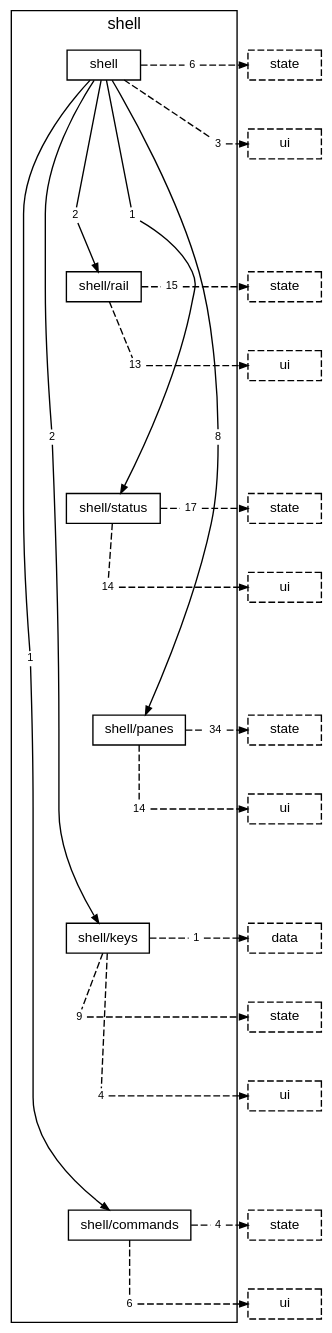
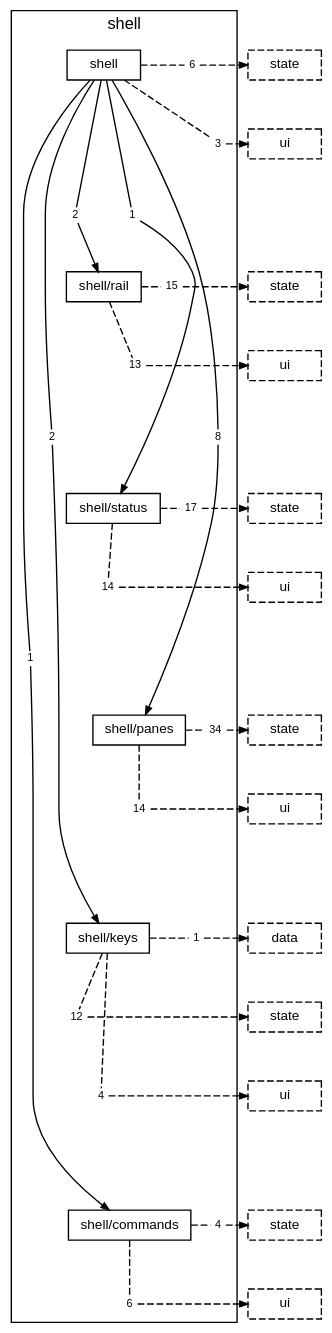
Before and after one commit to TheAxeC/oculus: the diagram in docs/diagrams/layer-shell.dot, drawn with Graphviz. The commit also changed 108 other files, not shown here.

```diff
--- a/docs/diagrams/layer-shell.dot
+++ b/docs/diagrams/layer-shell.dot
@@ -1,99 +1,99 @@
 digraph layer_shell {
     graph [bgcolor="transparent", rankdir=TB, newrank=true, fontname="Helvetica,Arial,sans-serif", fontsize=12, nodesep=0.2, ranksep=0.5];
     node [shape=box, color="black", fontcolor="black", fontname="Helvetica,Arial,sans-serif", fontsize=10, height=0.3, margin="0.12,0.04"];
     edge [color="black", fontcolor="black", fontname="Helvetica,Arial,sans-serif", fontsize=8, arrowsize=0.6];
     subgraph "cluster_shell" {
         label="shell"; style=solid;
         "folder shell" [label="shell"];
         "folder shell/rail" [label="shell/rail"];
         "folder shell/status" [label="shell/status"];
         "folder shell/panes" [label="shell/panes"];
         "folder shell/keys" [label="shell/keys"];
         "folder shell/commands" [label="shell/commands"];
         "folder shell to folder shell/commands" [label="1", shape=box, color="transparent", fontsize=8, width=0, height=0, margin="0.04,0.02"];
         "folder shell to folder shell/keys" [label="2", shape=box, color="transparent", fontsize=8, width=0, height=0, margin="0.04,0.02"];
         "folder shell to folder shell/panes" [label="8", shape=box, color="transparent", fontsize=8, width=0, height=0, margin="0.04,0.02"];
         "folder shell to folder shell/rail" [label="2", shape=box, color="transparent", fontsize=8, width=0, height=0, margin="0.04,0.02"];
         "folder shell to folder shell/status" [label="1", shape=box, color="transparent", fontsize=8, width=0, height=0, margin="0.04,0.02"];
         "folder shell to layer state" [label="6", shape=box, color="transparent", fontsize=8, width=0, height=0, margin="0.04,0.02"];
         "folder shell to layer ui" [label="3", shape=box, color="transparent", fontsize=8, width=0, height=0, margin="0.04,0.02"];
         "folder shell/rail to layer state" [label="15", shape=box, color="transparent", fontsize=8, width=0, height=0, margin="0.04,0.02"];
         "folder shell/rail to layer ui" [label="13", shape=box, color="transparent", fontsize=8, width=0, height=0, margin="0.04,0.02"];
         "folder shell/status to layer state" [label="17", shape=box, color="transparent", fontsize=8, width=0, height=0, margin="0.04,0.02"];
         "folder shell/status to layer ui" [label="14", shape=box, color="transparent", fontsize=8, width=0, height=0, margin="0.04,0.02"];
         "folder shell/panes to layer state" [label="34", shape=box, color="transparent", fontsize=8, width=0, height=0, margin="0.04,0.02"];
         "folder shell/panes to layer ui" [label="14", shape=box, color="transparent", fontsize=8, width=0, height=0, margin="0.04,0.02"];
         "folder shell/keys to layer data" [label="1", shape=box, color="transparent", fontsize=8, width=0, height=0, margin="0.04,0.02"];
-        "folder shell/keys to layer state" [label="9", shape=box, color="transparent", fontsize=8, width=0, height=0, margin="0.04,0.02"];
+        "folder shell/keys to layer state" [label="12", shape=box, color="transparent", fontsize=8, width=0, height=0, margin="0.04,0.02"];
         "folder shell/keys to layer ui" [label="4", shape=box, color="transparent", fontsize=8, width=0, height=0, margin="0.04,0.02"];
         "folder shell/commands to layer state" [label="4", shape=box, color="transparent", fontsize=8, width=0, height=0, margin="0.04,0.02"];
         "folder shell/commands to layer ui" [label="6", shape=box, color="transparent", fontsize=8, width=0, height=0, margin="0.04,0.02"];
     }
     "layer state from folder shell" [label="state", style=dashed];
     "layer ui from folder shell" [label="ui", style=dashed];
     "layer state from folder shell/rail" [label="state", style=dashed];
     "layer ui from folder shell/rail" [label="ui", style=dashed];
     "layer state from folder shell/status" [label="state", style=dashed];
     "layer ui from folder shell/status" [label="ui", style=dashed];
     "layer state from folder shell/panes" [label="state", style=dashed];
     "layer ui from folder shell/panes" [label="ui", style=dashed];
     "layer data from folder shell/keys" [label="data", style=dashed];
     "layer state from folder shell/keys" [label="state", style=dashed];
     "layer ui from folder shell/keys" [label="ui", style=dashed];
     "layer state from folder shell/commands" [label="state", style=dashed];
     "layer ui from folder shell/commands" [label="ui", style=dashed];
     "folder shell" -> "folder shell/rail" [style=invis, weight=10, minlen=3];
     "folder shell/rail" -> "folder shell/status" [style=invis, weight=10, minlen=3];
     "folder shell/status" -> "folder shell/panes" [style=invis, weight=10, minlen=3];
     "folder shell/panes" -> "folder shell/keys" [style=invis, weight=10, minlen=3];
     "folder shell/keys" -> "folder shell/commands" [style=invis, weight=10, minlen=4];
     "folder shell" -> "folder shell to folder shell/commands" [arrowhead=none, minlen=8, weight=10];
     "folder shell to folder shell/commands" -> "folder shell/commands" [];
     "folder shell" -> "folder shell to folder shell/keys" [arrowhead=none, minlen=5, weight=10];
     "folder shell to folder shell/keys" -> "folder shell/keys" [];
     "folder shell" -> "folder shell to folder shell/panes" [arrowhead=none, minlen=5, weight=10];
     "folder shell to folder shell/panes" -> "folder shell/panes" [];
     "folder shell" -> "folder shell to folder shell/rail" [arrowhead=none, minlen=2, weight=10];
     "folder shell to folder shell/rail" -> "folder shell/rail" [];
     "folder shell" -> "folder shell to folder shell/status" [arrowhead=none, minlen=2, weight=10];
     "folder shell to folder shell/status" -> "folder shell/status" [];
     "folder shell" -> "folder shell to layer state" [arrowhead=none, style=dashed];
     "folder shell to layer state" -> "layer state from folder shell" [style=dashed];
     { rank=same; "folder shell"; "folder shell to layer state"; "layer state from folder shell"; }
     "folder shell" -> "folder shell to layer ui" [arrowhead=none, style=dashed, minlen=1, weight=10];
     "folder shell to layer ui" -> "layer ui from folder shell" [style=dashed];
     { rank=same; "folder shell to layer ui"; "layer ui from folder shell"; }
     "folder shell/rail" -> "folder shell/rail to layer state" [arrowhead=none, style=dashed];
     "folder shell/rail to layer state" -> "layer state from folder shell/rail" [style=dashed];
     { rank=same; "folder shell/rail"; "folder shell/rail to layer state"; "layer state from folder shell/rail"; }
     "folder shell/rail" -> "folder shell/rail to layer ui" [arrowhead=none, style=dashed, minlen=1, weight=10];
     "folder shell/rail to layer ui" -> "layer ui from folder shell/rail" [style=dashed];
     { rank=same; "folder shell/rail to layer ui"; "layer ui from folder shell/rail"; }
     "folder shell/status" -> "folder shell/status to layer state" [arrowhead=none, style=dashed];
     "folder shell/status to layer state" -> "layer state from folder shell/status" [style=dashed];
     { rank=same; "folder shell/status"; "folder shell/status to layer state"; "layer state from folder shell/status"; }
     "folder shell/status" -> "folder shell/status to layer ui" [arrowhead=none, style=dashed, minlen=1, weight=10];
     "folder shell/status to layer ui" -> "layer ui from folder shell/status" [style=dashed];
     { rank=same; "folder shell/status to layer ui"; "layer ui from folder shell/status"; }
     "folder shell/panes" -> "folder shell/panes to layer state" [arrowhead=none, style=dashed];
     "folder shell/panes to layer state" -> "layer state from folder shell/panes" [style=dashed];
     { rank=same; "folder shell/panes"; "folder shell/panes to layer state"; "layer state from folder shell/panes"; }
     "folder shell/panes" -> "folder shell/panes to layer ui" [arrowhead=none, style=dashed, minlen=1, weight=10];
     "folder shell/panes to layer ui" -> "layer ui from folder shell/panes" [style=dashed];
     { rank=same; "folder shell/panes to layer ui"; "layer ui from folder shell/panes"; }
     "folder shell/keys" -> "folder shell/keys to layer data" [arrowhead=none, style=dashed];
     "folder shell/keys to layer data" -> "layer data from folder shell/keys" [style=dashed];
     { rank=same; "folder shell/keys"; "folder shell/keys to layer data"; "layer data from folder shell/keys"; }
     "folder shell/keys" -> "folder shell/keys to layer state" [arrowhead=none, style=dashed, minlen=1, weight=10];
     "folder shell/keys to layer state" -> "layer state from folder shell/keys" [style=dashed];
     { rank=same; "folder shell/keys to layer state"; "layer state from folder shell/keys"; }
     "folder shell/keys" -> "folder shell/keys to layer ui" [arrowhead=none, style=dashed, minlen=2, weight=10];
     "folder shell/keys to layer ui" -> "layer ui from folder shell/keys" [style=dashed];
     { rank=same; "folder shell/keys to layer ui"; "layer ui from folder shell/keys"; }
     "folder shell/commands" -> "folder shell/commands to layer state" [arrowhead=none, style=dashed];
     "folder shell/commands to layer state" -> "layer state from folder shell/commands" [style=dashed];
     { rank=same; "folder shell/commands"; "folder shell/commands to layer state"; "layer state from folder shell/commands"; }
     "folder shell/commands" -> "folder shell/commands to layer ui" [arrowhead=none, style=dashed, minlen=1, weight=10];
     "folder shell/commands to layer ui" -> "layer ui from folder shell/commands" [style=dashed];
     { rank=same; "folder shell/commands to layer ui"; "layer ui from folder shell/commands"; }
 }
```
